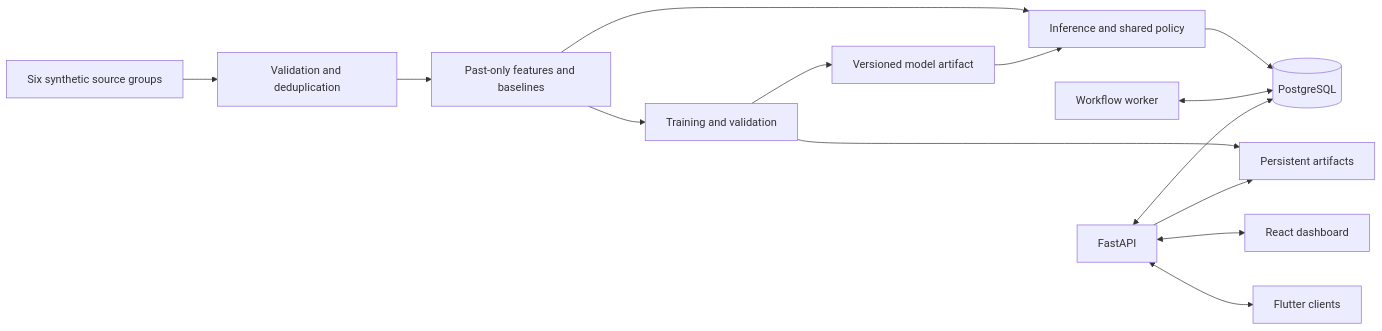
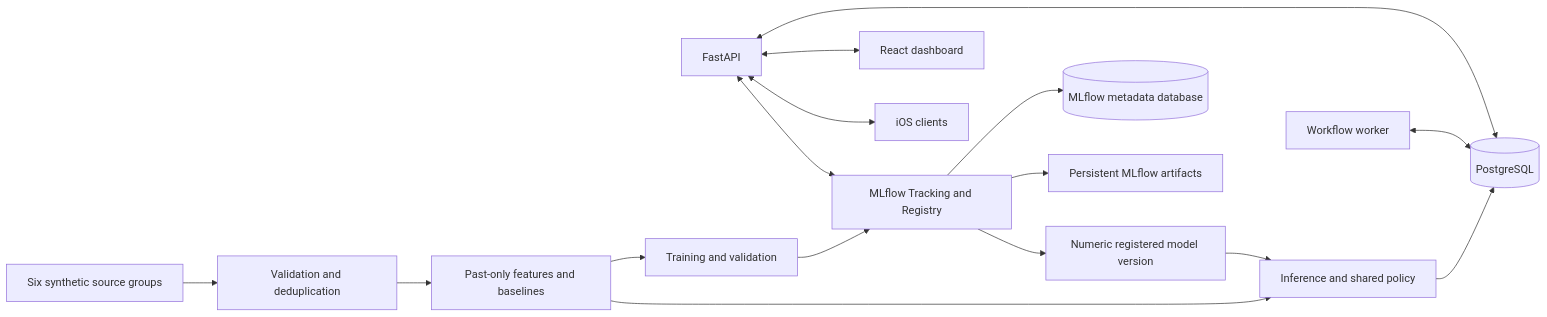
One commit to johnnytan5/SimeGuardian changed the diagram in docs/IMPLEMENTATION_PLAN.md. Above: the diagram before and after it, drawn with Mermaid. The commit also changed other lines of this file and 39 other files, not shown here.

````diff
--- a/docs/IMPLEMENTATION_PLAN.md
+++ b/docs/IMPLEMENTATION_PLAN.md
@@ -61,16 +65,18 @@
 ```mermaid
 flowchart LR
     S[Six synthetic source groups] --> V[Validation and deduplication]
     V --> F[Past-only features and baselines]
     F --> T[Training and validation]
-    T --> M[Versioned model artifact]
+    T --> ML[MLflow Tracking and Registry]
+    ML --> M[Numeric registered model version]
     F --> I[Inference and shared policy]
     M --> I
     I --> DB[(PostgreSQL)]
     J[Workflow worker] <--> DB
     A[FastAPI] <--> DB
     A <--> W[React dashboard]
-    A <--> C[Flutter clients]
-    T --> FS[Persistent artifacts]
-    A --> FS
+    A <--> C[iOS clients]
+    ML --> MDB[(MLflow metadata database)]
+    ML --> FS[Persistent MLflow artifacts]
+    A <--> ML
 ```
````
